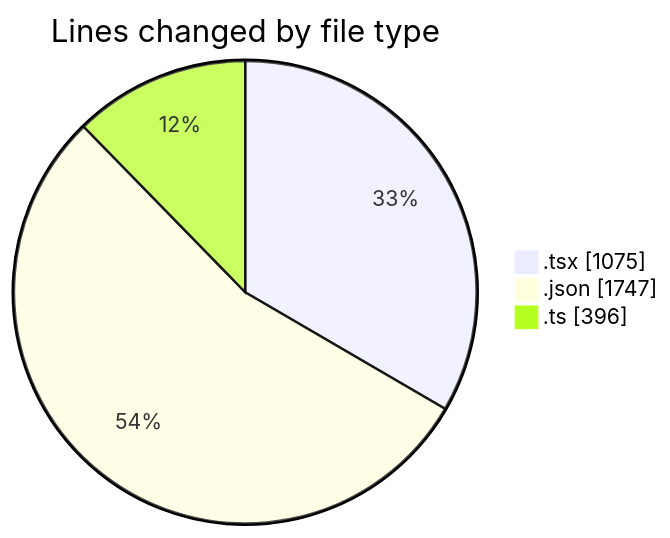
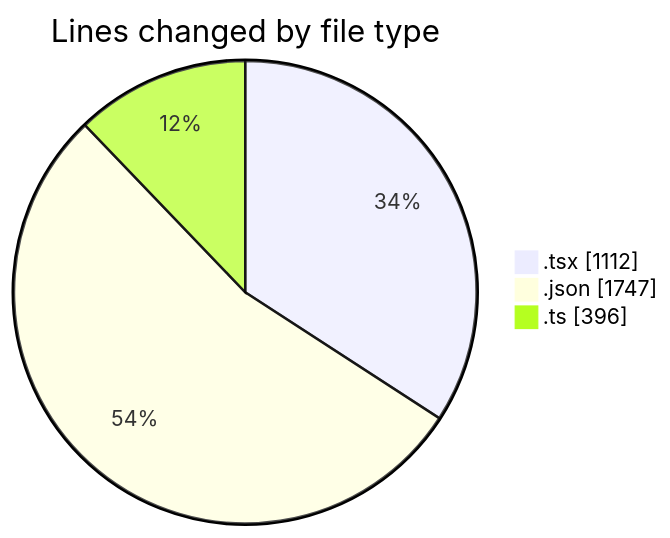
Before and after one commit to julien-gomy/code-tracking: the first of 2 diagrams in 2025-10-30/eventscop-frontend-guide__workspace_/README.md, drawn with Mermaid. The commit also changed other lines of this file and 1 other file, not shown here.

````diff
--- a/2025-10-30/eventscop-frontend-guide__workspace_/README.md
+++ b/2025-10-30/eventscop-frontend-guide__workspace_/README.md
@@ -30,7 +30,7 @@
 ```mermaid
 pie showData
 title Lines changed by file type
-".tsx" : 1075
+".tsx" : 1112
 ".json" : 1747
 ".ts" : 396
 ```
````
